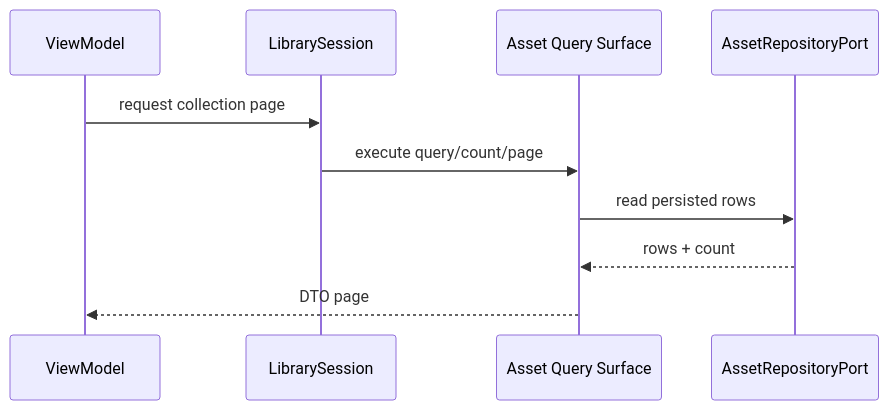
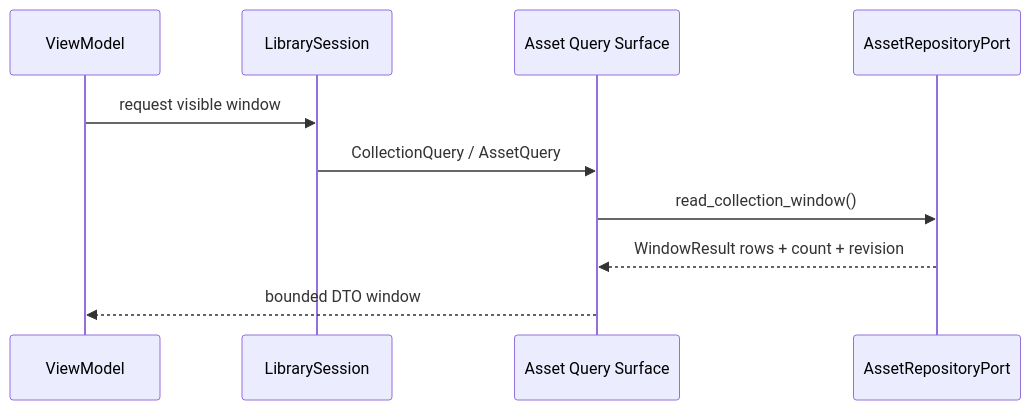
The third of 6 diagrams in docs/architecture.md (halft0n/iPhotron-LocalPhotoAlbumManager), drawn with Mermaid before and after one commit. The commit also changed other lines of this file and 46 other files, not shown here.

````diff
--- a/docs/architecture.md
+++ b/docs/architecture.md
@@ -278,13 +301,13 @@
 ```mermaid
 sequenceDiagram
     participant VM as ViewModel
     participant Session as LibrarySession
     participant Query as Asset Query Surface
     participant Repo as AssetRepositoryPort
 
-    VM->>Session: request collection page
-    Session->>Query: execute query/count/page
-    Query->>Repo: read persisted rows
-    Repo-->>Query: rows + count
-    Query-->>VM: DTO page
+    VM->>Session: request visible window
+    Session->>Query: CollectionQuery / AssetQuery
+    Query->>Repo: read_collection_window()
+    Repo-->>Query: WindowResult rows + count + revision
+    Query-->>VM: bounded DTO window
 ```
````
